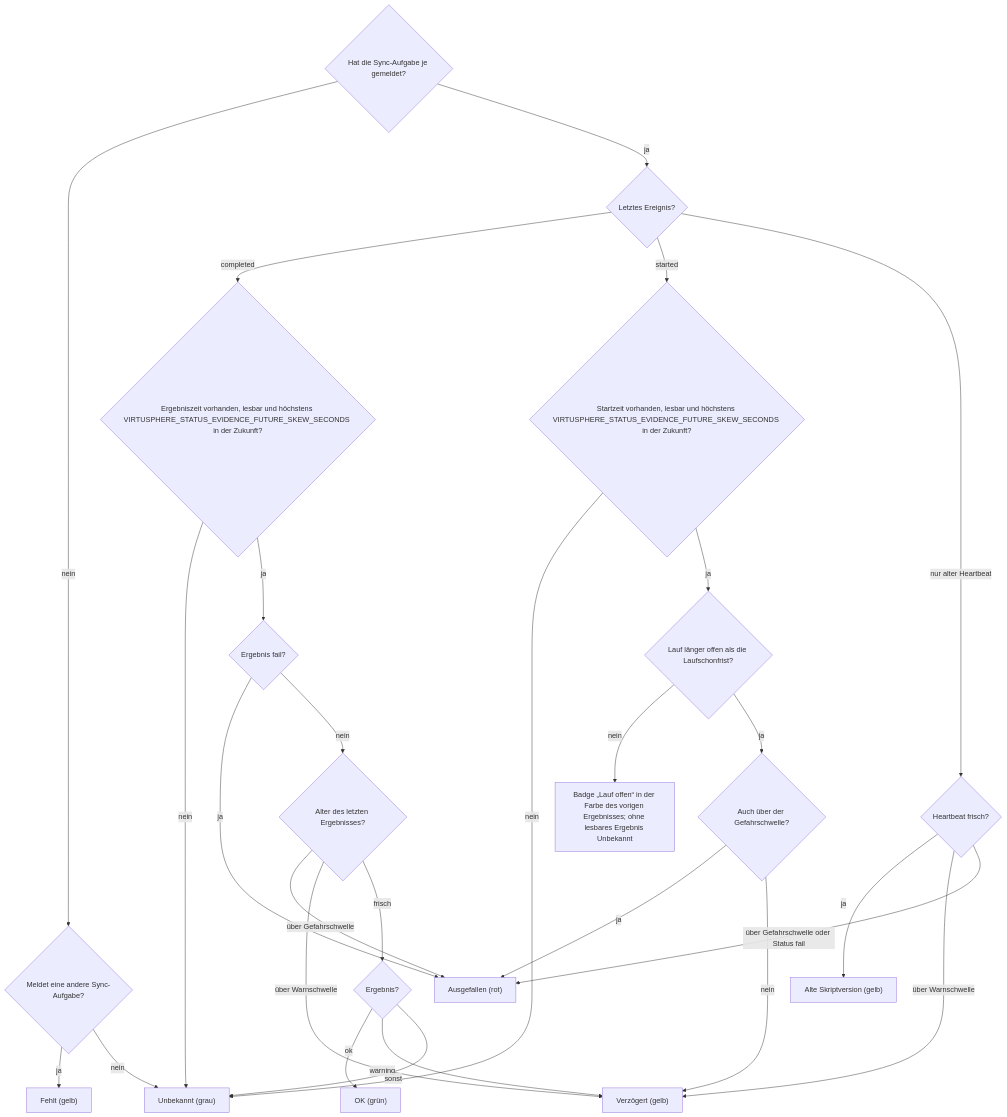
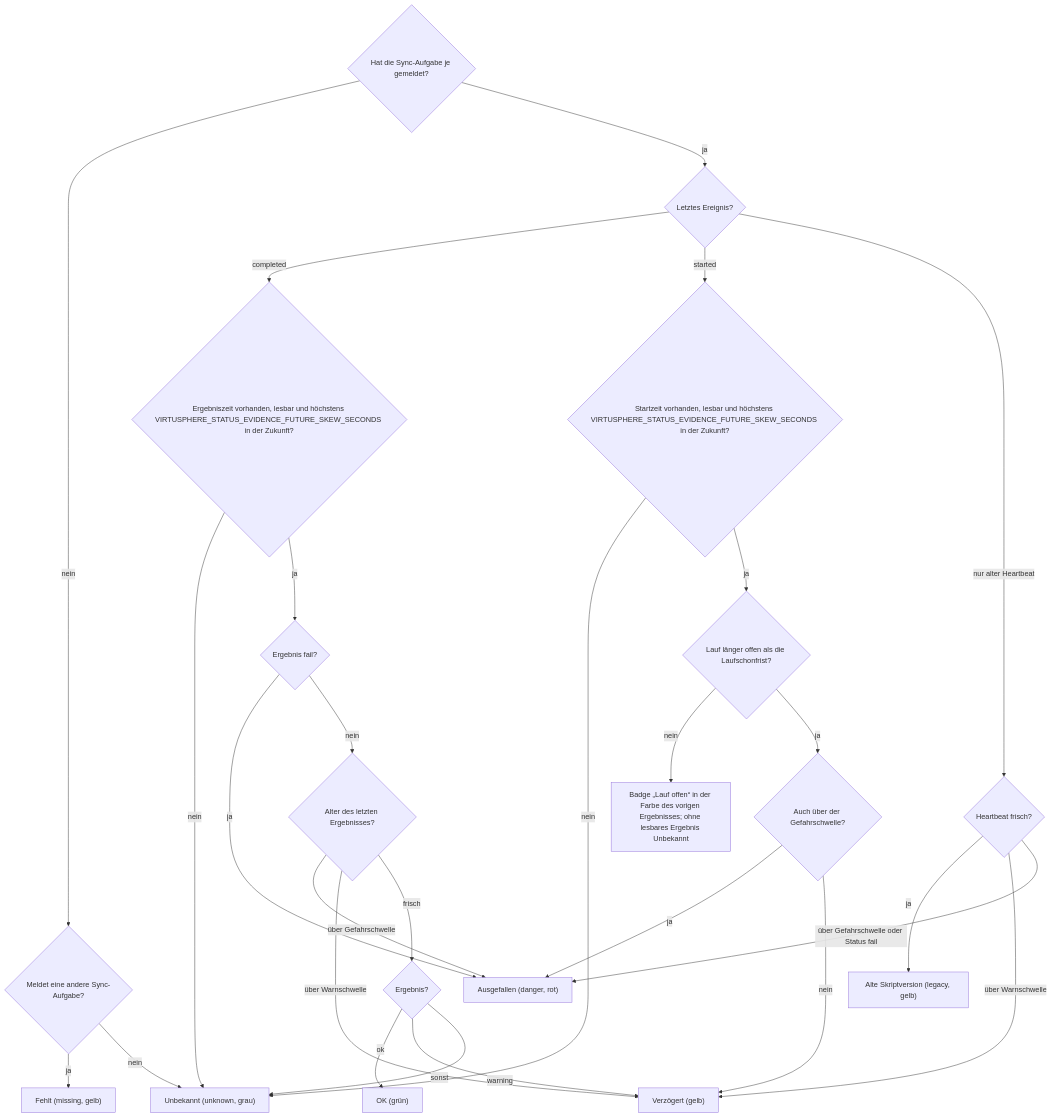
One commit to Samy94M/VirtuSphere-v2-WebApp changed the second of 8 diagrams in docs/operations/system-status-checks.md. Above: the diagram before and after it, drawn with Mermaid. The commit also changed other lines of this file and 32 other files, not shown here.

````diff
--- a/docs/operations/system-status-checks.md
+++ b/docs/operations/system-status-checks.md
@@ -57,29 +57,29 @@
 ```mermaid
 flowchart TD
   A{"Hat die Sync-Aufgabe je gemeldet?"} -->|nein| A1{"Meldet eine andere Sync-Aufgabe?"}
-  A1 -->|ja| MI["Fehlt (gelb)"]
-  A1 -->|nein| UK["Unbekannt (grau)"]
+  A1 -->|ja| MI["Fehlt (missing, gelb)"]
+  A1 -->|nein| UK["Unbekannt (unknown, grau)"]
   A -->|ja| L{"Letztes Ereignis?"}
   L -->|completed| CT{"Ergebniszeit vorhanden, lesbar und höchstens VIRTUSPHERE_STATUS_EVIDENCE_FUTURE_SKEW_SECONDS in der Zukunft?"}
   CT -->|nein| UK
   CT -->|ja| CP{"Ergebnis fail?"}
-  CP -->|ja| RD["Ausgefallen (rot)"]
+  CP -->|ja| RD["Ausgefallen (danger, rot)"]
   CP -->|nein| CA{"Alter des letzten Ergebnisses?"}
   CA -->|über Gefahrschwelle| RD
   CA -->|über Warnschwelle| YL["Verzögert (gelb)"]
   CA -->|frisch| CO{"Ergebnis?"}
   CO -->|ok| GR["OK (grün)"]
   CO -->|warning| YL
   CO -->|sonst| UK
   L -->|started| SZ{"Startzeit vorhanden, lesbar und höchstens VIRTUSPHERE_STATUS_EVIDENCE_FUTURE_SKEW_SECONDS in der Zukunft?"}
   SZ -->|nein| UK
   SZ -->|ja| ST{"Lauf länger offen als die Laufschonfrist?"}
   ST -->|nein| SR["Badge „Lauf offen“ in der Farbe des vorigen Ergebnisses; ohne lesbares Ergebnis Unbekannt"]
   ST -->|ja| SD{"Auch über der Gefahrschwelle?"}
   SD -->|ja| RD
   SD -->|nein| YL
   L -->|nur alter Heartbeat| LG{"Heartbeat frisch?"}
-  LG -->|ja| LE["Alte Skriptversion (gelb)"]
+  LG -->|ja| LE["Alte Skriptversion (legacy, gelb)"]
   LG -->|über Warnschwelle| YL
   LG -->|über Gefahrschwelle oder Status fail| RD
 ```
````
